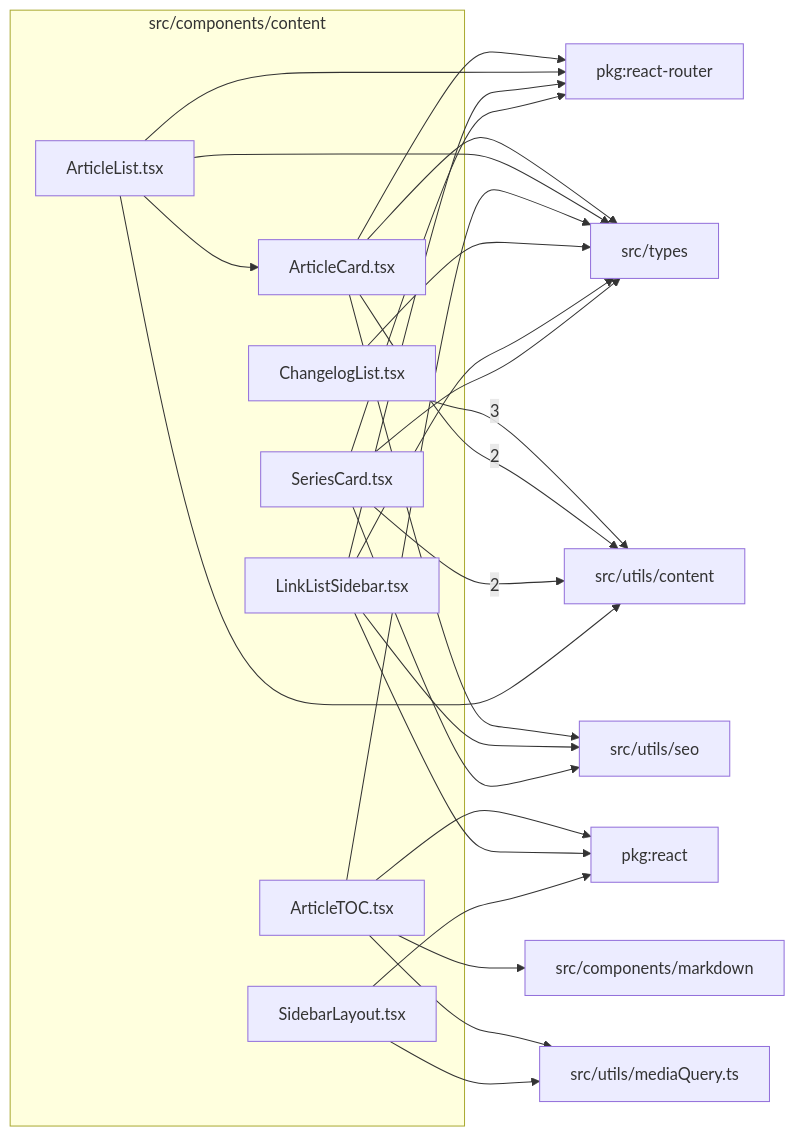
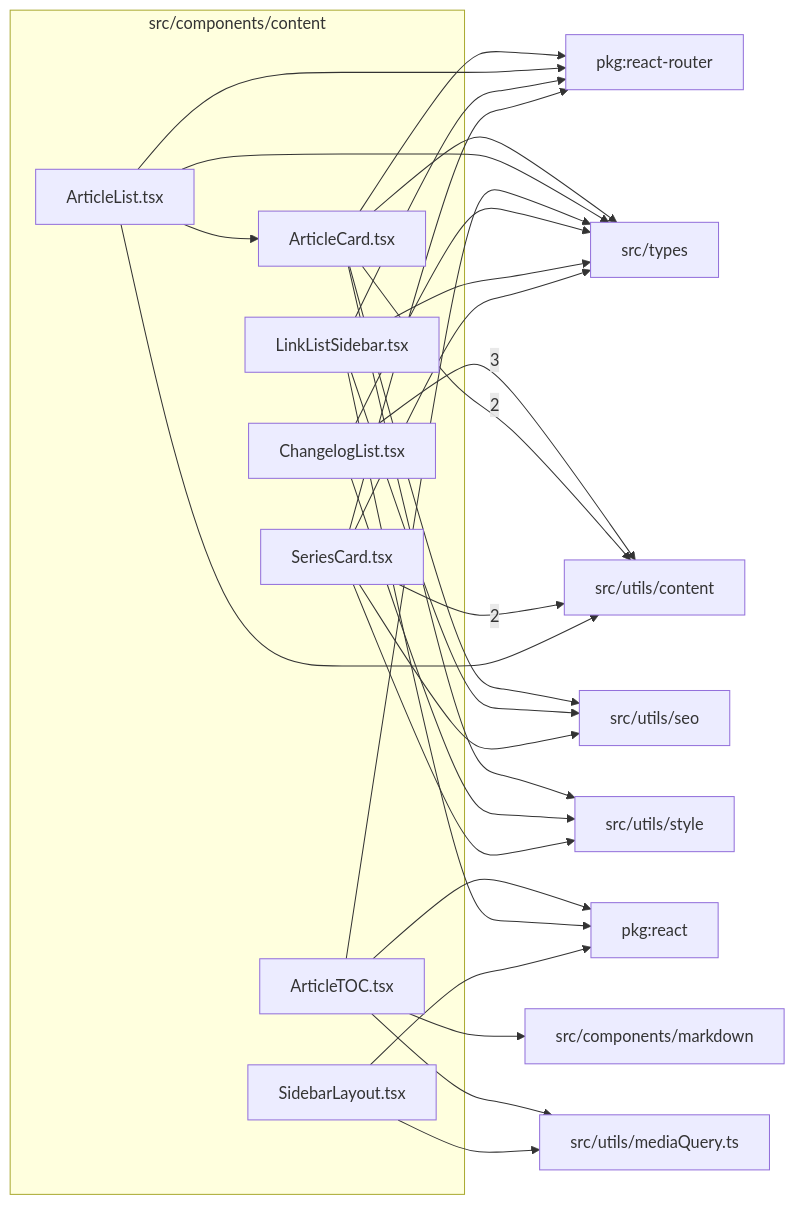
The diagram in src/components/content/readme.md (ronbuening/LensVisualizer), drawn with Mermaid before and after one commit. The commit also changed other lines of this file and 14 other files, not shown here.

````diff
--- a/src/components/content/readme.md
+++ b/src/components/content/readme.md
@@ -9,43 +9,47 @@
 ```mermaid
 flowchart LR
   subgraph n_src_components_content["src/components/content"]
     n_src_components_content_src_components_content_ArticleCard_tsx["ArticleCard.tsx"]
     n_src_components_content_src_components_content_ArticleList_tsx["ArticleList.tsx"]
     n_src_components_content_src_components_content_ArticleTOC_tsx["ArticleTOC.tsx"]
     n_src_components_content_src_components_content_ChangelogList_tsx["ChangelogList.tsx"]
     n_src_components_content_src_components_content_LinkListSidebar_tsx["LinkListSidebar.tsx"]
     n_src_components_content_src_components_content_SeriesCard_tsx["SeriesCard.tsx"]
     n_src_components_content_src_components_content_SidebarLayout_tsx["SidebarLayout.tsx"]
   end
   n_external_src_utils_content["src/utils/content"]
   n_external_pkg_react["pkg:react"]
   n_external_pkg_react_router["pkg:react-router"]
   n_external_src_components_markdown["src/components/markdown"]
   n_external_src_types["src/types"]
   n_external_src_utils_mediaQuery_ts["src/utils/mediaQuery.ts"]
   n_external_src_utils_seo["src/utils/seo"]
+  n_external_src_utils_style["src/utils/style"]
   n_src_components_content_src_components_content_ChangelogList_tsx --> |3| n_external_src_utils_content
   n_src_components_content_src_components_content_ArticleCard_tsx --> |2| n_external_src_utils_content
   n_src_components_content_src_components_content_SeriesCard_tsx --> |2| n_external_src_utils_content
   n_src_components_content_src_components_content_ArticleTOC_tsx --> n_external_pkg_react
   n_src_components_content_src_components_content_LinkListSidebar_tsx --> n_external_pkg_react
   n_src_components_content_src_components_content_SidebarLayout_tsx --> n_external_pkg_react
   n_src_components_content_src_components_content_ArticleCard_tsx --> n_external_pkg_react_router
   n_src_components_content_src_components_content_ArticleList_tsx --> n_external_pkg_react_router
   n_src_components_content_src_components_content_LinkListSidebar_tsx --> n_external_pkg_react_router
   n_src_components_content_src_components_content_SeriesCard_tsx --> n_external_pkg_react_router
   n_src_components_content_src_components_content_ArticleTOC_tsx --> n_external_src_components_markdown
   n_src_components_content_src_components_content_ArticleCard_tsx --> n_external_src_types
   n_src_components_content_src_components_content_ArticleList_tsx --> n_external_src_types
   n_src_components_content_src_components_content_ArticleTOC_tsx --> n_external_src_types
   n_src_components_content_src_components_content_ChangelogList_tsx --> n_external_src_types
   n_src_components_content_src_components_content_LinkListSidebar_tsx --> n_external_src_types
   n_src_components_content_src_components_content_SeriesCard_tsx --> n_external_src_types
   n_src_components_content_src_components_content_ArticleList_tsx --> n_external_src_utils_content
   n_src_components_content_src_components_content_ArticleTOC_tsx --> n_external_src_utils_mediaQuery_ts
   n_src_components_content_src_components_content_SidebarLayout_tsx --> n_external_src_utils_mediaQuery_ts
   n_src_components_content_src_components_content_ArticleCard_tsx --> n_external_src_utils_seo
   n_src_components_content_src_components_content_LinkListSidebar_tsx --> n_external_src_utils_seo
   n_src_components_content_src_components_content_SeriesCard_tsx --> n_external_src_utils_seo
+  n_src_components_content_src_components_content_ArticleCard_tsx --> n_external_src_utils_style
+  n_src_components_content_src_components_content_ChangelogList_tsx --> n_external_src_utils_style
+  n_src_components_content_src_components_content_SeriesCard_tsx --> n_external_src_utils_style
   n_src_components_content_src_components_content_ArticleList_tsx --> n_src_components_content_src_components_content_ArticleCard_tsx
 ```
````
